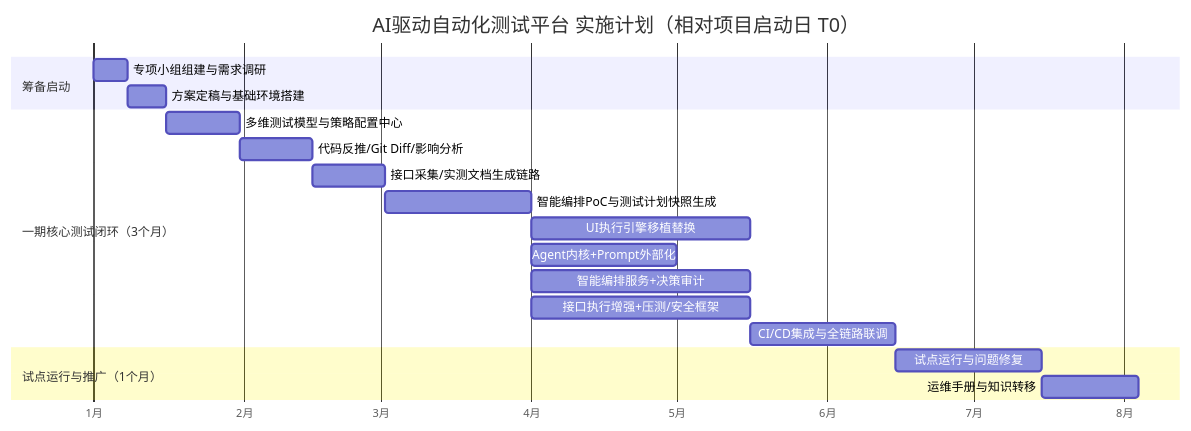
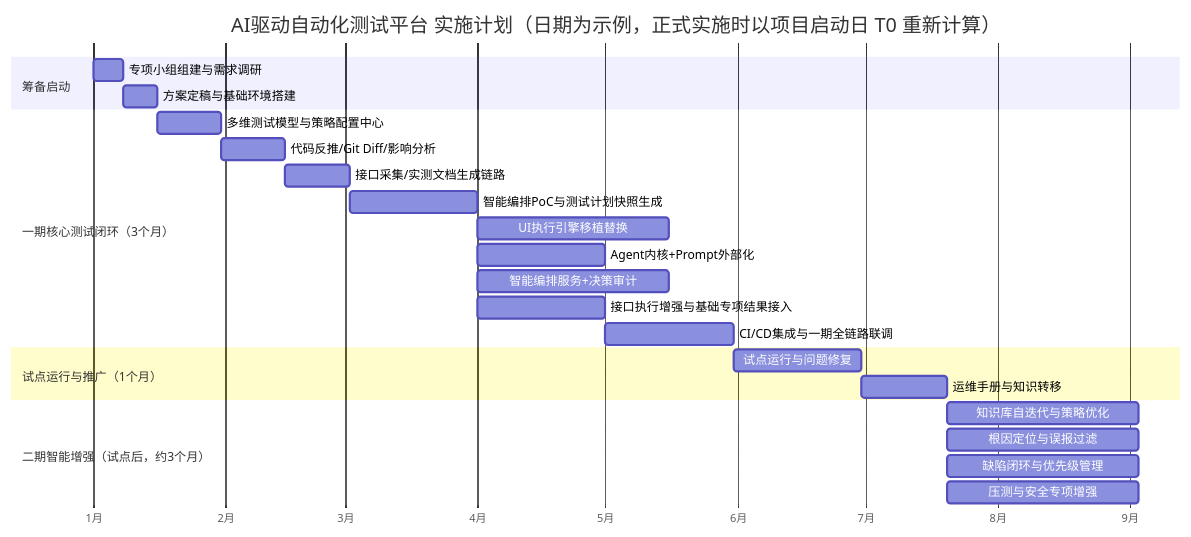
Before and after one commit to xiangsong97/xueran: the seventh of 7 diagrams in AI驱动自动化测试平台自研落地实施方案.md, drawn with Mermaid. The commit also changed other lines of this file, not shown here.

````diff
--- a/AI驱动自动化测试平台自研落地实施方案.md
+++ b/AI驱动自动化测试平台自研落地实施方案.md
@@ -914,23 +964,28 @@
 ```mermaid
 gantt
-    title AI驱动自动化测试平台 实施计划（相对项目启动日 T0）
+    title AI驱动自动化测试平台 实施计划（日期为示例，正式实施时以项目启动日 T0 重新计算）
     dateFormat YYYY-MM-DD
     axisFormat %-m月
     section 筹备启动
     专项小组组建与需求调研      :a1, 2026-01-01, 7d
     方案定稿与基础环境搭建      :a2, after a1, 8d
     section 一期核心测试闭环（3个月）
     多维测试模型与策略配置中心   :b1, after a2, 15d
     代码反推/Git Diff/影响分析   :b2, after b1, 15d
     接口采集/实测文档生成链路    :b3, after b2, 15d
     智能编排PoC与测试计划快照生成    :b4, after b3, 30d
     UI执行引擎移植替换           :c1, after b4, 45d
     Agent内核+Prompt外部化      :c2, after b4, 30d
     智能编排服务+决策审计         :c3, after b4, 45d
-    接口执行增强+压测/安全框架     :c4, after b4, 45d
-    CI/CD集成与全链路联调         :c5, after c4, 30d
+    接口执行增强与基础专项结果接入 :c4, after b4, 30d
+    CI/CD集成与一期全链路联调     :c5, after c4, 30d
     section 试点运行与推广（1个月）
     试点运行与问题修复           :d1, after c5, 30d
     运维手册与知识转移           :d2, after d1, 20d
+    section 二期智能增强（试点后，约3个月）
+    知识库自迭代与策略优化       :e1, after d2, 45d
+    根因定位与误报过滤           :e2, after d2, 45d
+    缺陷闭环与优先级管理         :e3, after d2, 45d
+    压测与安全专项增强           :e4, after d2, 45d
 
 ```
````
